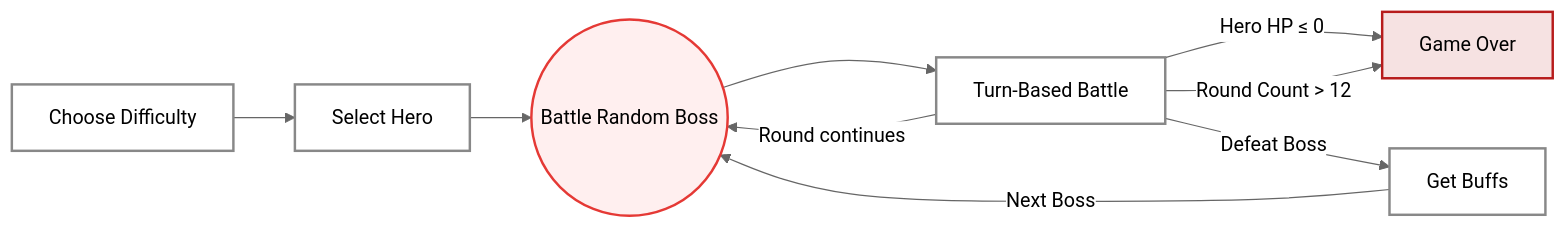
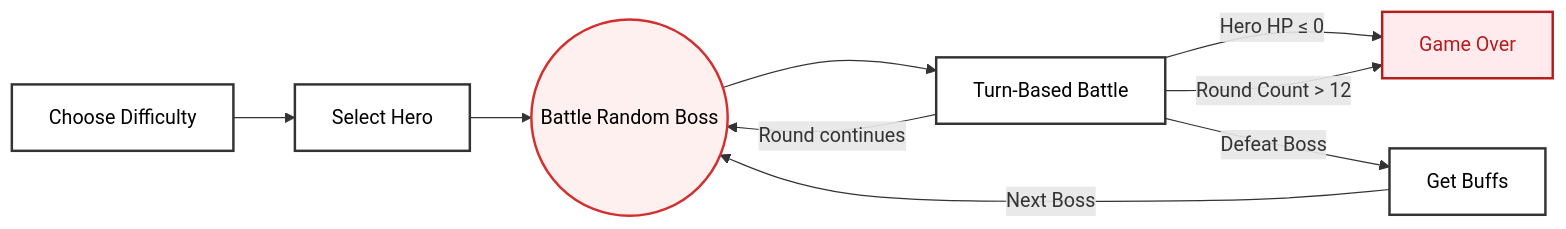
Before and after one commit to IcyCrucifix/COMP2113_Group66: the first of 2 diagrams in README.md, drawn with Mermaid. The commit also changed other lines of this file, not shown here.

````diff
--- a/README.md
+++ b/README.md
@@ -47,21 +47,21 @@
 ```mermaid
-%%{init: {'theme': 'neutral'}}%%
+%%{init: {'theme': 'default'}}%%
 graph LR
     A[Choose Difficulty] --> B[Select Hero]
     B --> C((Battle Random Boss))
     C --> D[Turn-Based Battle]
     
     D -->|Round continues| C
     D -->|Hero HP ≤ 0| E[Game Over]
     D -->|Round Count > 12| E
     D -->|Defeat Boss| F[Get Buffs]
     
     F -->|Next Boss| C
-
-    classDef default fill:none,stroke:#888,stroke-width:2px,color:inherit;
-    classDef boss fill:#ff000010,stroke:#e53935,stroke-width:2px,color:inherit;
-    classDef death fill:#b71c1c20,stroke:#b71c1c,stroke-width:2px,color:inherit;
+    
+    classDef default fill:#ffffff,stroke:#333333,color:#000000,stroke-width:2px;
+    classDef boss fill:#fff0f0,stroke:#d32f2f,color:#000000,stroke-width:2px;
+    classDef death fill:#ffebee,stroke:#b71c1c,color:#b71c1c,stroke-width:2px;
     
     class C boss;
     class E death;
 ```
````
